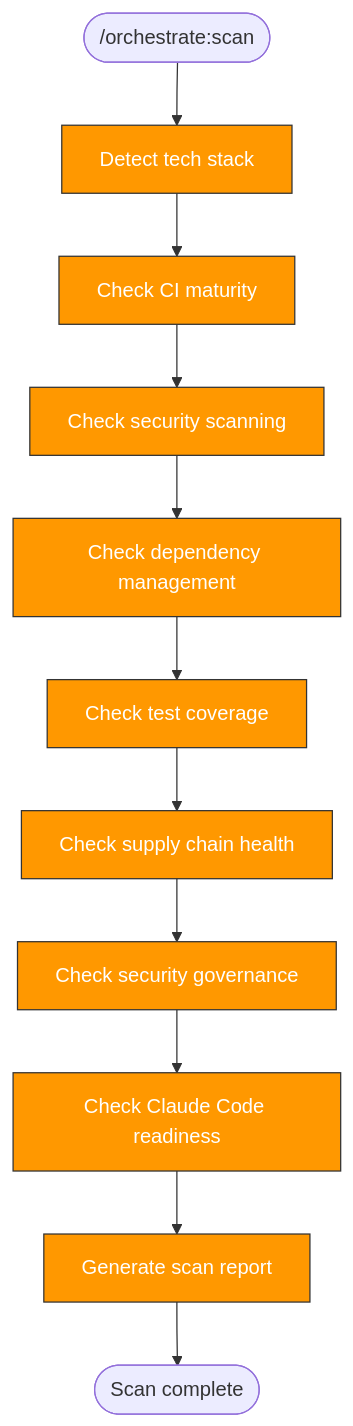
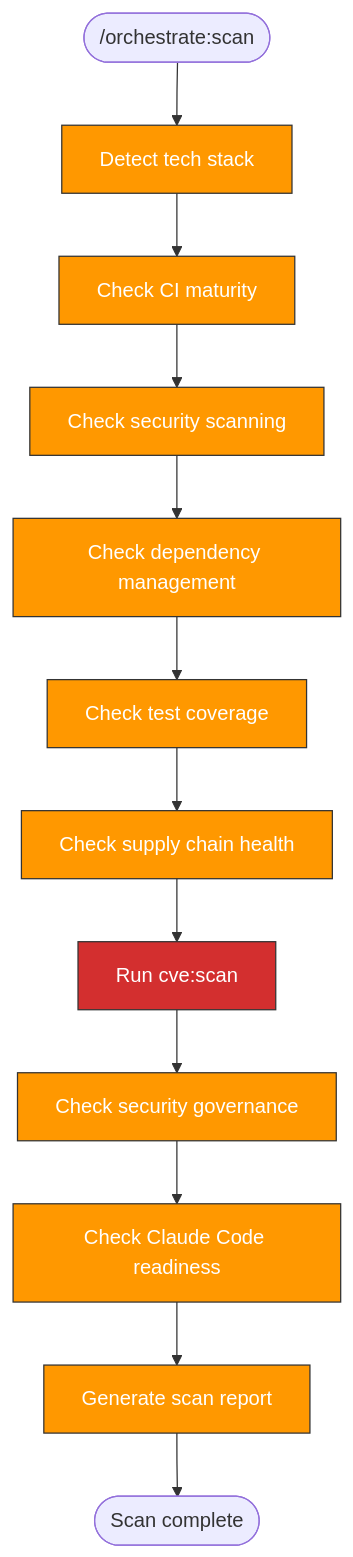
Before and after one commit to pdettori/kagenti: the diagram in .claude/skills/orchestrate:scan/SKILL.md, drawn with Mermaid. The commit also changed other lines of this file and 3 other files, not shown here.

````diff
--- a/.claude/skills/orchestrate:scan/SKILL.md
+++ b/.claude/skills/orchestrate:scan/SKILL.md
@@ -6,15 +6,17 @@
 ```mermaid
 flowchart TD
     START(["/orchestrate:scan"]) --> TECH["Detect tech stack"]:::orch
     TECH --> CI["Check CI maturity"]:::orch
     CI --> SEC_SCAN["Check security scanning"]:::orch
     SEC_SCAN --> DEPS["Check dependency management"]:::orch
     DEPS --> TESTS["Check test coverage"]:::orch
     TESTS --> SUPPLY["Check supply chain health"]:::orch
-    SUPPLY --> SEC_GOV["Check security governance"]:::orch
+    SUPPLY --> CVE["Run cve:scan"]:::cve
+    CVE --> SEC_GOV["Check security governance"]:::orch
     SEC_GOV --> CLAUDE["Check Claude Code readiness"]:::orch
     CLAUDE --> REPORT["Generate scan report"]:::orch
     REPORT --> DONE([Scan complete])
 
     classDef orch fill:#FF9800,stroke:#333,color:white
+    classDef cve fill:#D32F2F,stroke:#333,color:white
 ```
````
